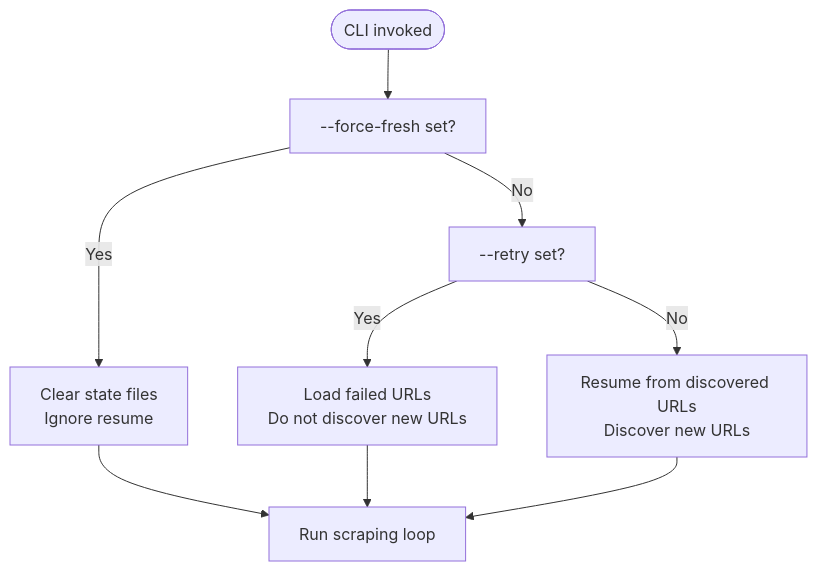
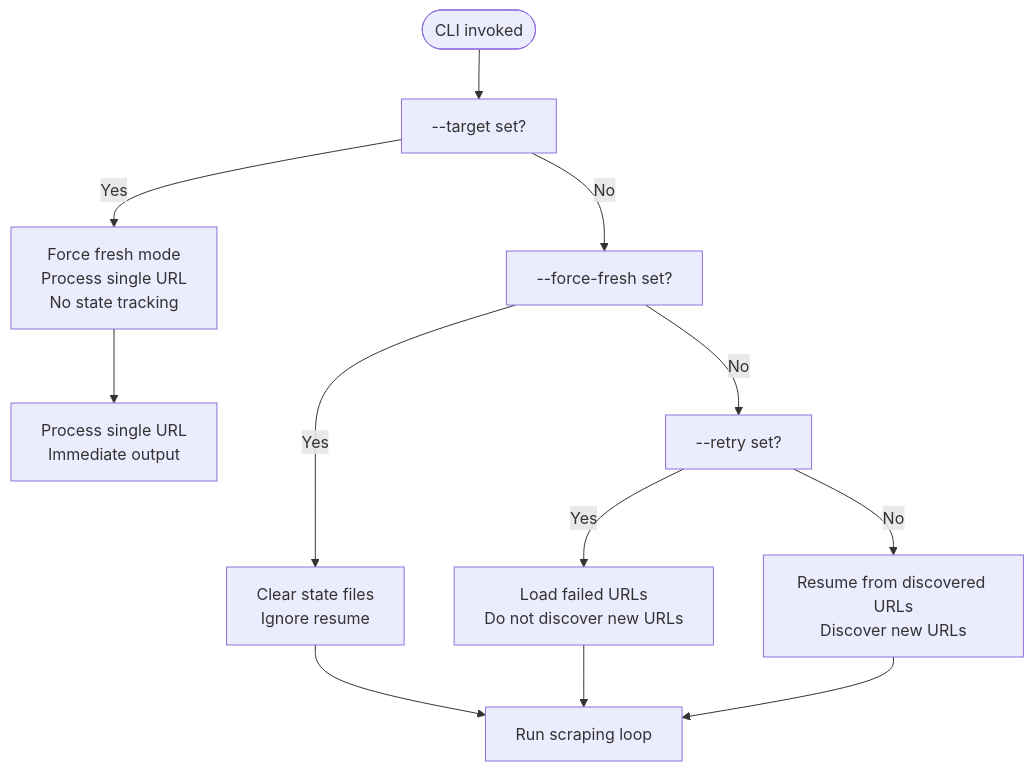
One commit to cr8ivecodesmith/pico-css-docs changed the third of 4 diagrams in .qoder/repowiki/en/content/Usage Guide/CLI Options and Parameters.md. Above: the diagram before and after it, drawn with Mermaid. The commit also changed other lines of this file and 5 other files, not shown here.

````diff
--- a/.qoder/repowiki/en/content/Usage Guide/CLI Options and Parameters.md
+++ b/.qoder/repowiki/en/content/Usage Guide/CLI Options and Parameters.md
@@ -187,11 +226,14 @@
 ```mermaid
 flowchart TD
-Start(["CLI invoked"]) --> CheckForce["--force-fresh set?"]
+Start(["CLI invoked"]) --> CheckTarget["--target set?"]
+CheckTarget --> |Yes| TargetMode["Force fresh mode<br/>Process single URL<br/>No state tracking"]
+CheckTarget --> |No| CheckForce["--force-fresh set?"]
 CheckForce --> |Yes| ForceFresh["Clear state files<br/>Ignore resume"]
 CheckForce --> |No| CheckRetry["--retry set?"]
 CheckRetry --> |Yes| RetryOnly["Load failed URLs<br/>Do not discover new URLs"]
 CheckRetry --> |No| Resume["Resume from discovered URLs<br/>Discover new URLs"]
 ForceFresh --> Run["Run scraping loop"]
 RetryOnly --> Run
 Resume --> Run
+TargetMode --> SingleTarget["Process single URL<br/>Immediate output"]
 ```
````
